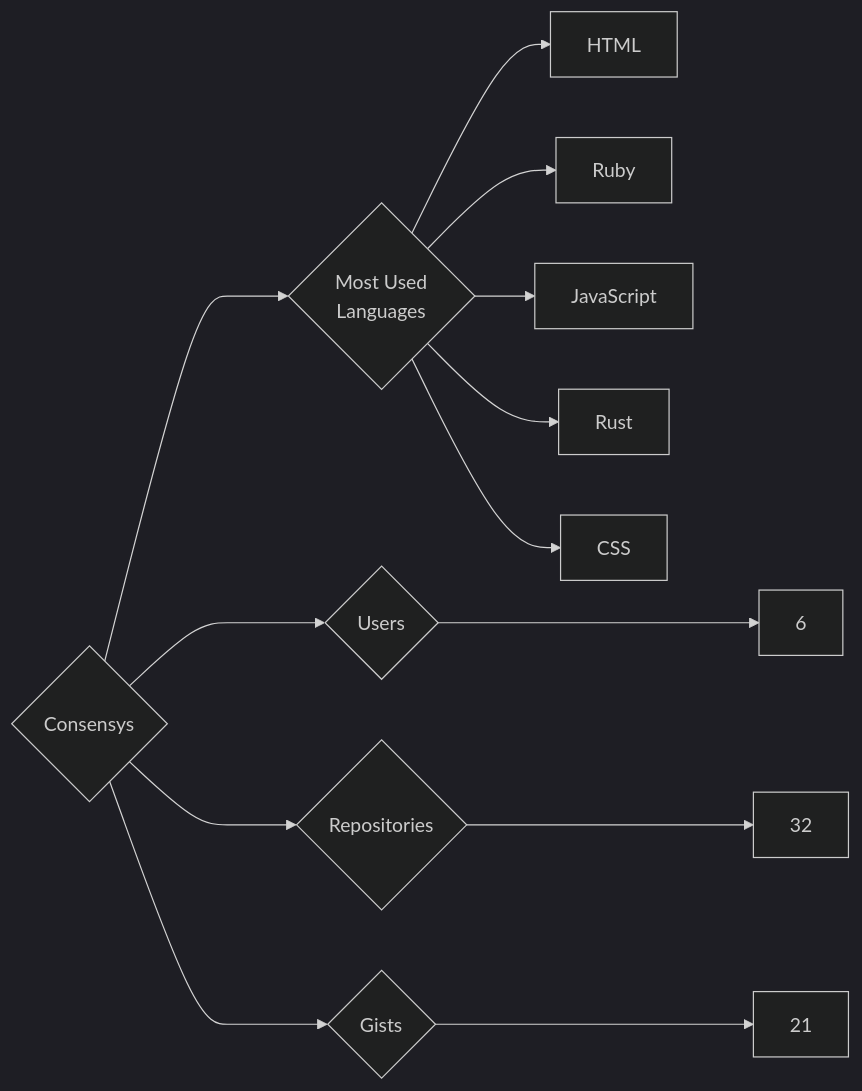
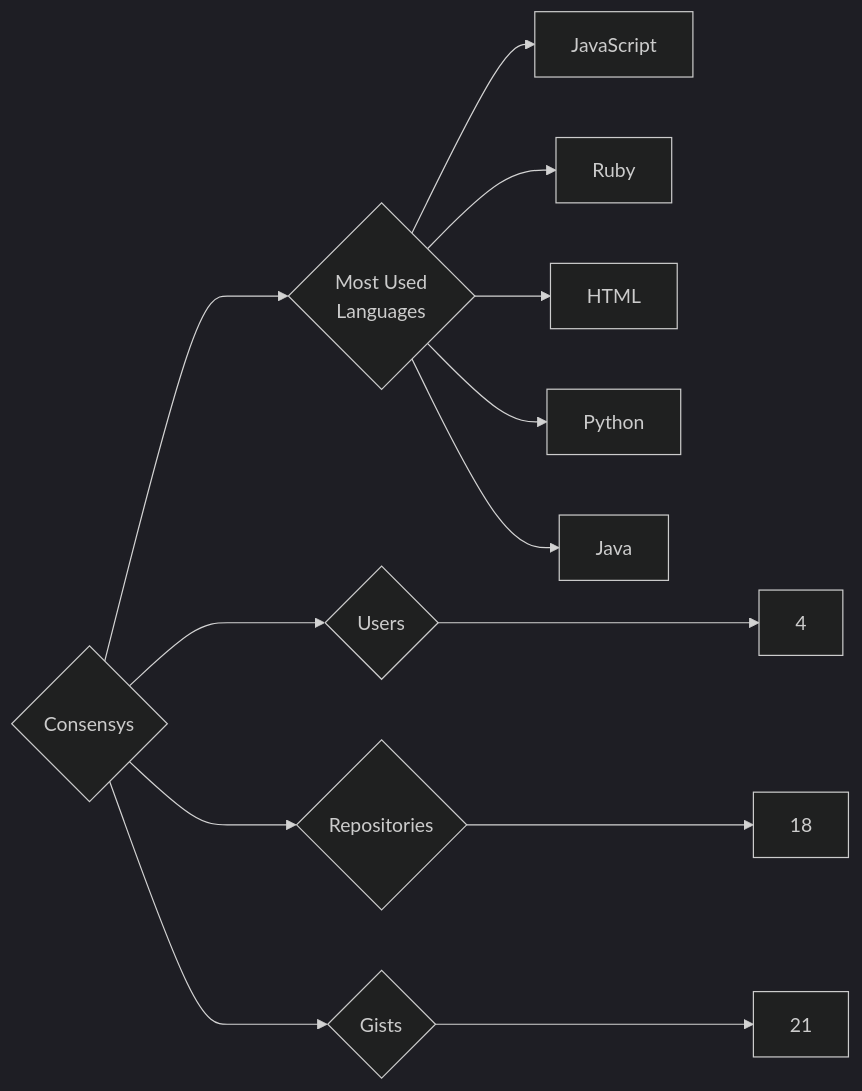
One commit to trickest/insiders changed the diagram in targets/Consensys/README.md. Above: the diagram before and after it, drawn with Mermaid (dark theme). The commit also changed 1092 other files, not shown here.

````diff
--- a/targets/Consensys/README.md
+++ b/targets/Consensys/README.md
@@ -3,13 +3,13 @@
 ```mermaid
 graph LR
 COMPANY_NAME{Consensys}
-COMPANY_NAME ---> U{Users} ---> UN[6]
-COMPANY_NAME ---> R{Repositories} ---> RN[32]
+COMPANY_NAME ---> U{Users} ---> UN[4]
+COMPANY_NAME ---> R{Repositories} ---> RN[18]
 COMPANY_NAME ---> G{Gists} ---> GN[21]
 COMPANY_NAME ---> ML{Most Used<br>Languages}
+ML --> JavaScript[JavaScript]
+ML --> Ruby[Ruby]
 ML --> HTML[HTML]
-ML --> Ruby[Ruby]
-ML --> JavaScript[JavaScript]
-ML --> Rust[Rust]
-ML --> CSS[CSS]
+ML --> Python[Python]
+ML --> Java[Java]
 ```
````
